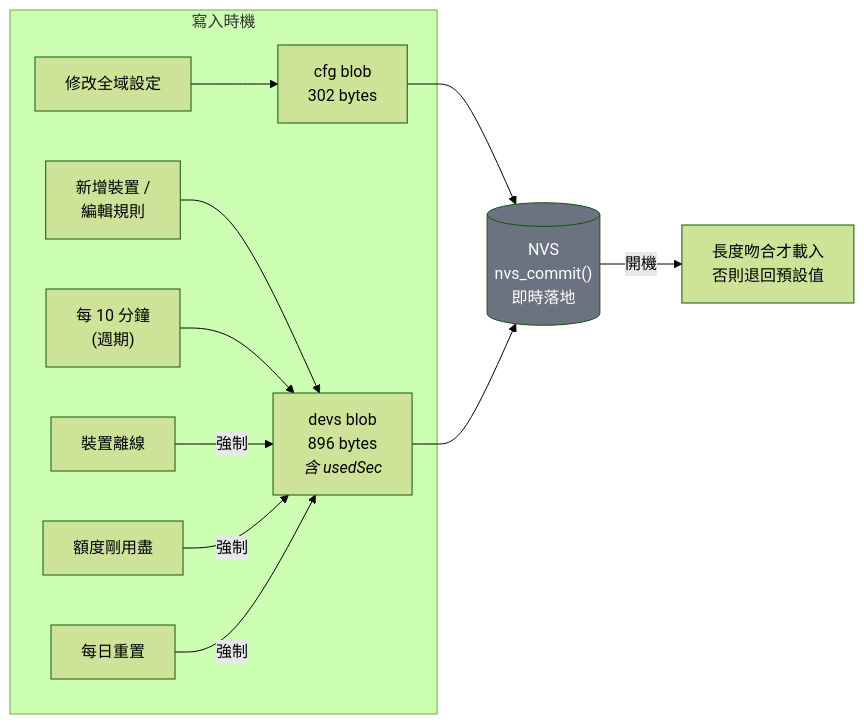
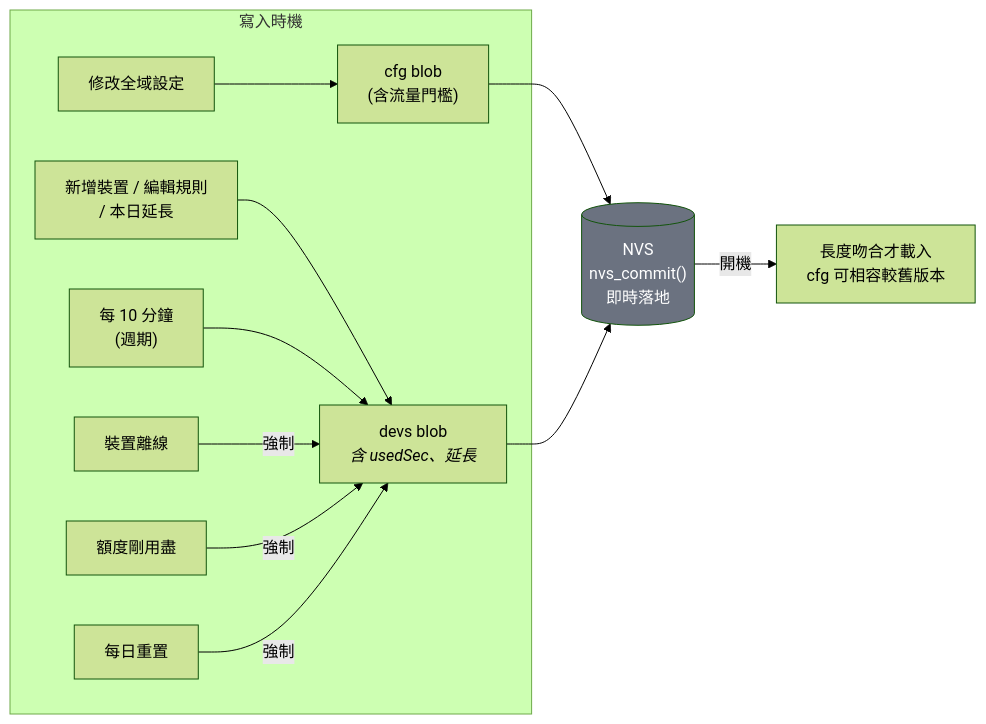
The fourth of 5 diagrams in README.md (binomial0418/net-flow-ctrl), drawn with Mermaid (forest theme) before and after one commit. The commit also changed other lines of this file and 7 other files, not shown here.

Commit message:
feat: add device access time extension functionality and configurable active flow threshold

````diff
--- a/README.md
+++ b/README.md
@@ -162,15 +209,15 @@
 ```mermaid
 flowchart LR
     subgraph write["寫入時機"]
-        W1["修改全域設定"] --> B1["cfg blob<br/>302 bytes"]
-        W2["新增裝置 /<br/>編輯規則"] --> B2
-        W3["每 10 分鐘<br/>(週期)"] --> B2["devs blob<br/>896 bytes<br/><i>含 usedSec</i>"]
+        W1["修改全域設定"] --> B1["cfg blob<br/>(含流量門檻)"]
+        W2["新增裝置 / 編輯規則<br/>/ 本日延長"] --> B2
+        W3["每 10 分鐘<br/>(週期)"] --> B2["devs blob<br/><i>含 usedSec、延長</i>"]
         W4["裝置離線"] -->|強制| B2
         W5["額度剛用盡"] -->|強制| B2
         W6["每日重置"] -->|強制| B2
     end
     B1 & B2 --> NVS[("NVS<br/>nvs_commit()<br/>即時落地")]
-    NVS -->|開機| LOAD["長度吻合才載入<br/>否則退回預設值"]
+    NVS -->|開機| LOAD["長度吻合才載入<br/>cfg 可相容較舊版本"]
 
     style NVS fill:#6b7280,color:#fff
 ```
````
